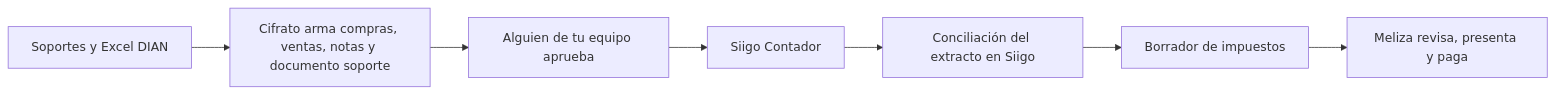
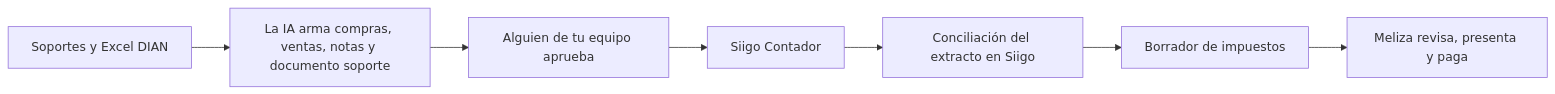
Before and after one commit to Webby-COL/meliza-cierre-mensual: the second of 2 diagrams in para_meliza.md, drawn with Mermaid. The commit also changed other lines of this file and 4 other files, not shown here.

````diff
--- a/para_meliza.md
+++ b/para_meliza.md
@@ -46,9 +46,9 @@
 ```mermaid
 flowchart LR
-    A["Soportes y Excel DIAN"] --> B["Cifrato arma compras, ventas, notas y documento soporte"]
+    A["Soportes y Excel DIAN"] --> B["La IA arma compras, ventas, notas y documento soporte"]
     B --> C["Alguien de tu equipo aprueba"]
     C --> D["Siigo Contador"]
     D --> E["Conciliación del extracto en Siigo"]
     E --> F["Borrador de impuestos"]
     F --> G["Meliza revisa, presenta y paga"]
 ```
````
